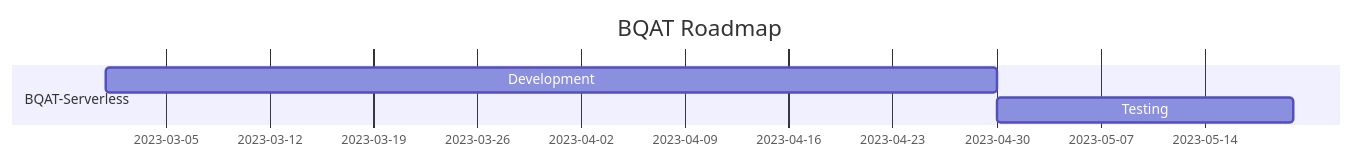
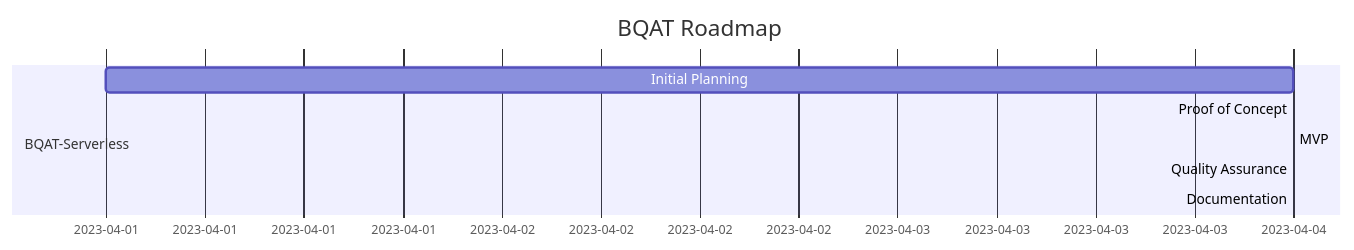
One commit to Biometix/biometix.github.io changed the diagram in solutions/roadmap.md. Above: the diagram before and after it, drawn with Mermaid.

Commit message:
Update Gantt Chart

````diff
--- a/solutions/roadmap.md
+++ b/solutions/roadmap.md
@@ -12,9 +12,12 @@
 ``` mermaid
 gantt
     title BQAT Roadmap
     dateFormat  YYYY-MM-DD
 
     section BQAT-Serverless
-    Development    :a1, 2023-03-01, 60d
-    Testing        :after a1  , 20d
+    Initial Planning    : a1, 2023-04-01, 3d
+    Proof of Concept    : a2, after a1, 7 d
+    MVP                 : a3, after a2, 7 d
+    Quality Assurance   : a4, after a3, 7 d
+    Documentation       : after a3, 7 d
 ```
````
